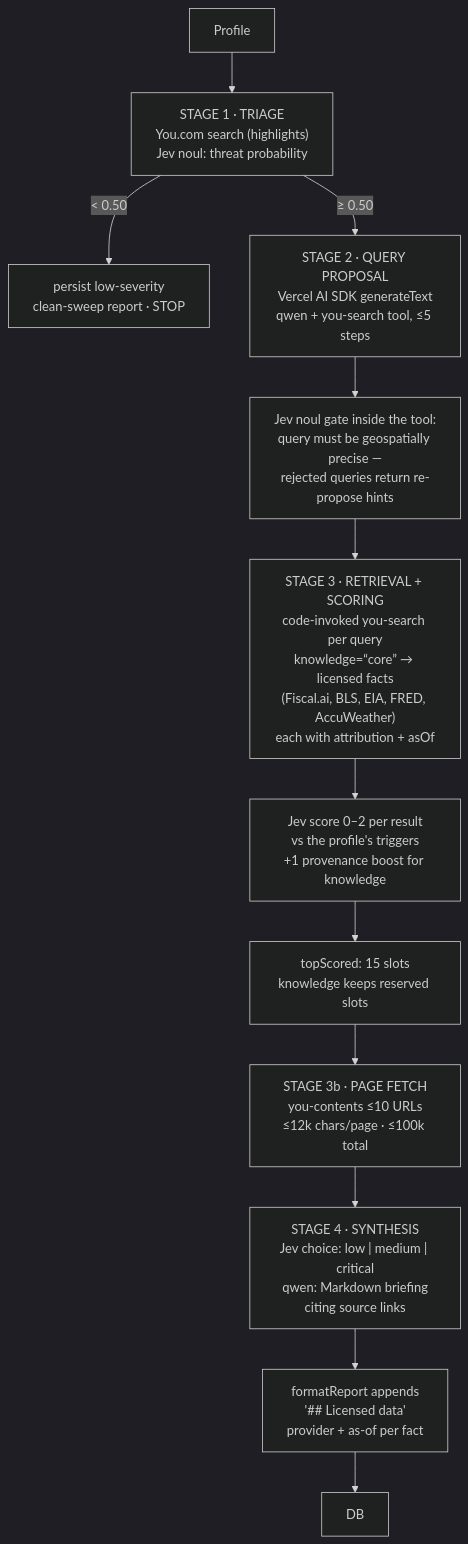
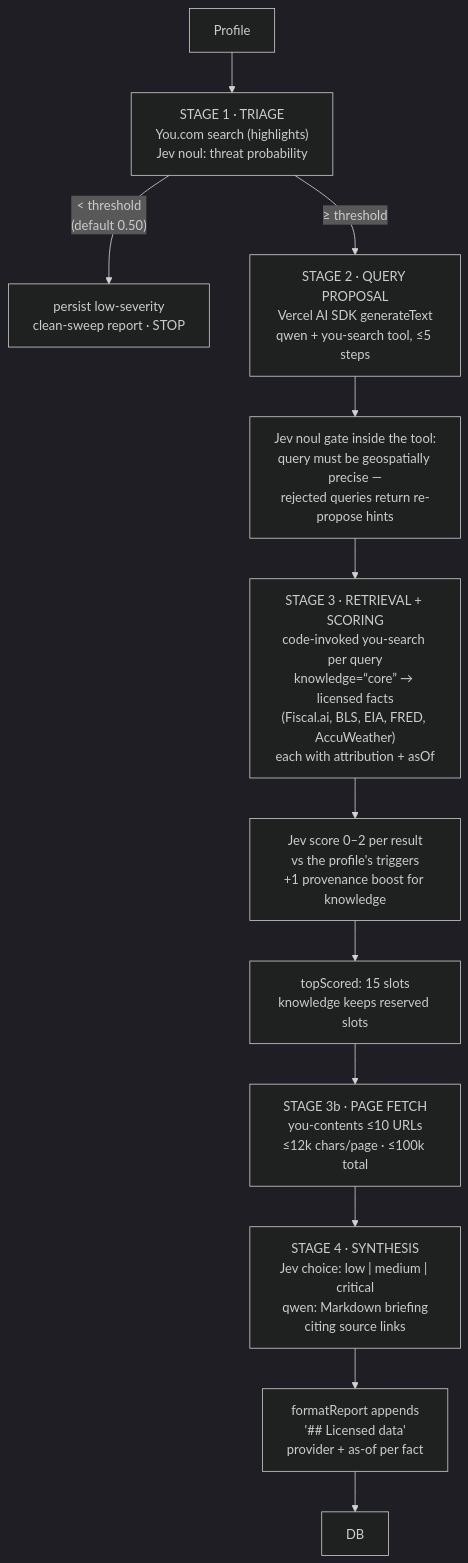
Before and after one commit to youdotcom-oss/risk-analysis-server: the second of 2 diagrams in README.md, drawn with Mermaid (dark theme). The commit also changed other lines of this file and 2 other files, not shown here.

First line of the commit message:
docs: document usage ledger, threatProbability, and RISK_TRIAGE_THRESHOLD

````diff
--- a/README.md
+++ b/README.md
@@ -125,14 +130,14 @@
 ```mermaid
 flowchart TD
   P["Profile"] --> S1["STAGE 1 · TRIAGE<br/>You.com search (highlights)<br/>Jev noul: threat probability"]
-  S1 -->|"&lt; 0.50"| CLEAN["persist low-severity<br/>clean-sweep report · STOP"]
-  S1 -->|"≥ 0.50"| S2["STAGE 2 · QUERY PROPOSAL<br/>Vercel AI SDK generateText<br/>qwen + you-search tool, ≤5 steps"]
+  S1 -->|"&lt; threshold<br/>(default 0.50)"| CLEAN["persist low-severity<br/>clean-sweep report · STOP"]
+  S1 -->|"≥ threshold"| S2["STAGE 2 · QUERY PROPOSAL<br/>Vercel AI SDK generateText<br/>qwen + you-search tool, ≤5 steps"]
   S2 --> G2["Jev noul gate inside the tool:<br/>query must be geospatially precise —<br/>rejected queries return re-propose hints"]
   G2 --> S3["STAGE 3 · RETRIEVAL + SCORING<br/>code-invoked you-search per query<br/>knowledge=“core” → licensed facts<br/>(Fiscal.ai, BLS, EIA, FRED, AccuWeather)<br/>each with attribution + asOf"]
   S3 --> G3["Jev score 0–2 per result<br/>vs the profile's triggers<br/>+1 provenance boost for knowledge"]
   G3 --> R["topScored: 15 slots<br/>knowledge keeps reserved slots"]
   R --> S3b["STAGE 3b · PAGE FETCH<br/>you-contents ≤10 URLs<br/>≤12k chars/page · ≤100k total"]
   S3b --> S4["STAGE 4 · SYNTHESIS<br/>Jev choice: low | medium | critical<br/>qwen: Markdown briefing<br/>citing source links"]
   S4 --> REP["formatReport appends<br/>'## Licensed data'<br/>provider + as-of per fact"]
   REP --> DB
 ```
````
